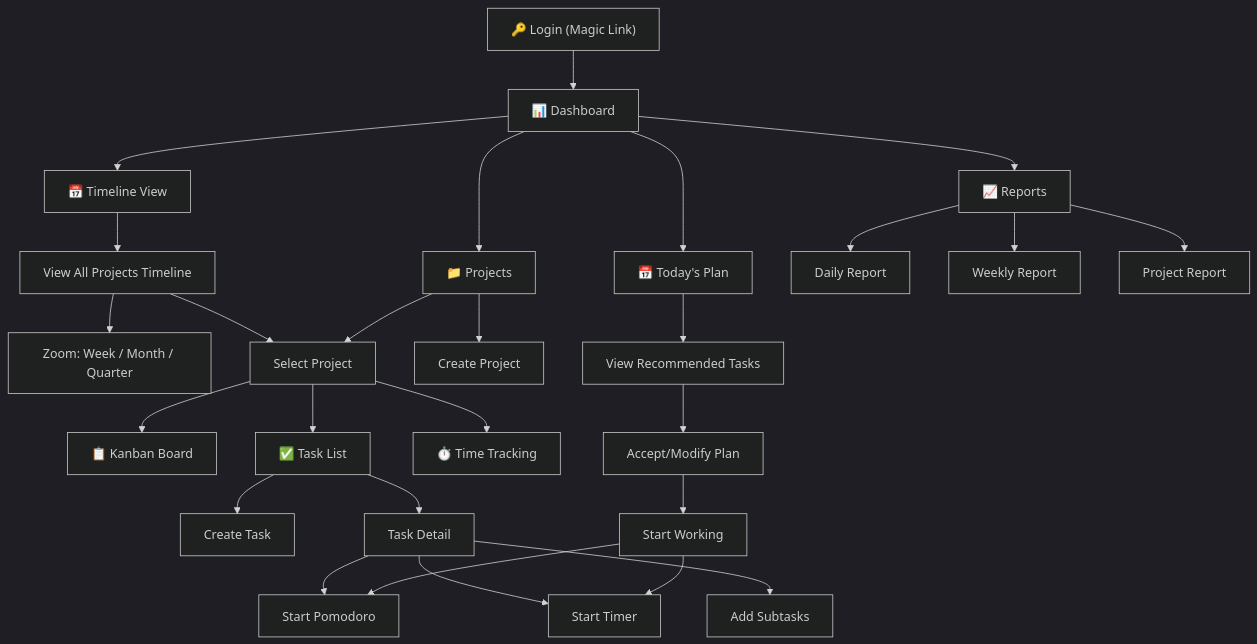
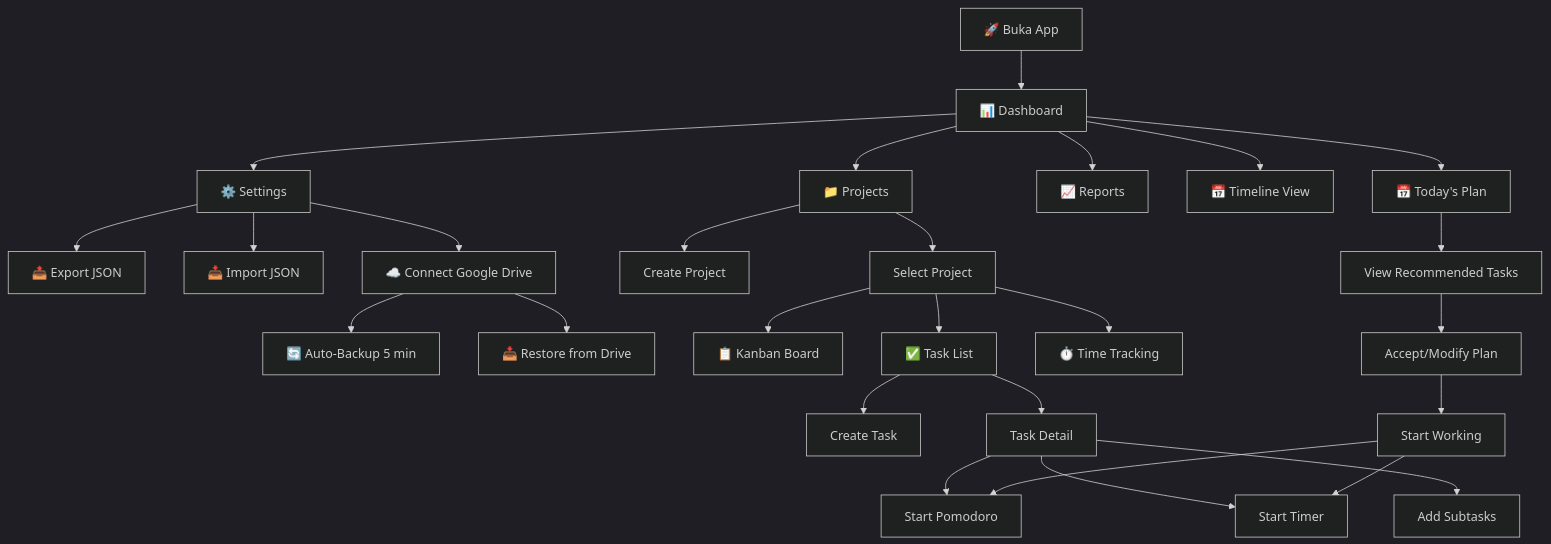
The second of 2 diagrams in BRAINSTORMING.md (qobalaihromi/productivitytools), drawn with Mermaid (dark theme) before and after one commit. The commit also changed other lines of this file, not shown here.

Commit message:
docs: update brainstorming doc with offline-first architecture

````diff
--- a/BRAINSTORMING.md
+++ b/BRAINSTORMING.md
@@ -693,34 +685,33 @@
 ```mermaid
 graph TD
-    A["🔑 Login (Magic Link)"] --> B["📊 Dashboard"]
+    A["🚀 Buka App"] --> B["📊 Dashboard"]
     B --> C["📁 Projects"]
     B --> D["📅 Today's Plan"]
     B --> E["📈 Reports"]
     B --> V["📅 Timeline View"]
+    B --> SET["⚙️ Settings"]
     
-    V --> W["View All Projects Timeline"]
-    W --> X["Zoom: Week / Month / Quarter"]
-    W --> G
+    SET --> EXP["📤 Export JSON"]
+    SET --> IMP["📥 Import JSON"]
+    SET --> GD["☁️ Connect Google Drive"]
+    GD --> AUTO["🔄 Auto-Backup 5 min"]
+    GD --> REST["📥 Restore from Drive"]
     
     C --> F["Create Project"]
     C --> G["Select Project"]
     G --> H["📋 Kanban Board"]
     G --> I["✅ Task List"]
     G --> J["⏱️ Time Tracking"]
     
     I --> K["Create Task"]
     I --> L["Task Detail"]
     L --> M["Start Pomodoro"]
     L --> N["Start Timer"]
     L --> O["Add Subtasks"]
     
     D --> P["View Recommended Tasks"]
     P --> Q["Accept/Modify Plan"]
     Q --> R["Start Working"]
     R --> M
     R --> N
-    
-    E --> S["Daily Report"]
-    E --> T["Weekly Report"]
-    E --> U["Project Report"]
 ```
````
